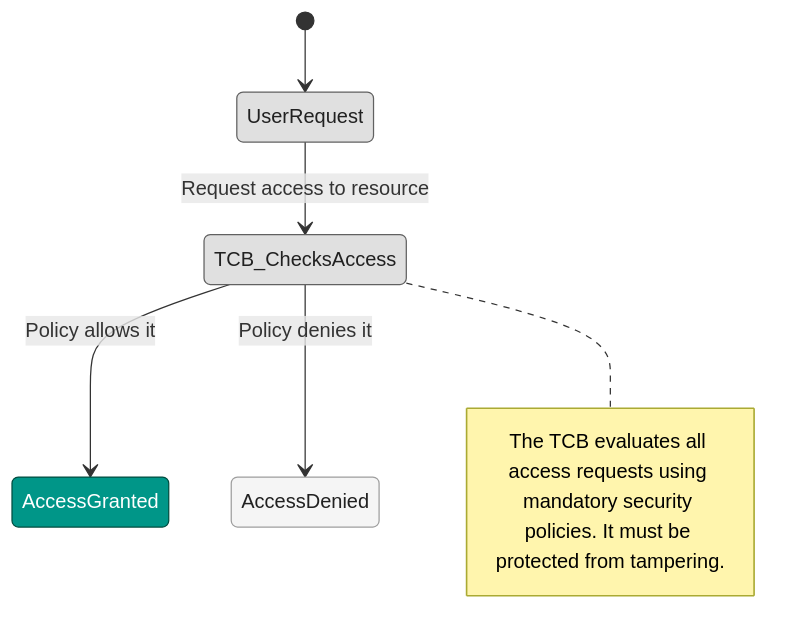
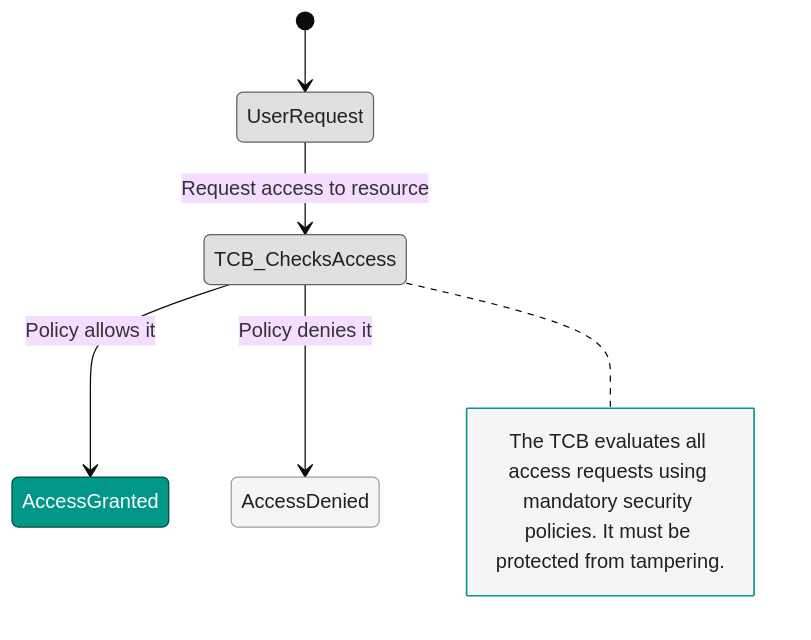
The first of 15 diagrams in DOMAIN3 - Security Architecture and Engineering/3.2 Understand the fundamental concepts of security models (e.g. Biba, Star Model, Bell Lapadula).md (lorenzoleonelli/CISSP-Zero-to-Hero), drawn with Mermaid before and after one commit.

Commit message:
LL 2026-11-2:21:29:33

````diff
--- a/DOMAIN3 - Security Architecture and Engineering/3.2 Understand the fundamental concepts of security models (e.g. Biba, Star Model, Bell Lapadula).md
+++ b/DOMAIN3 - Security Architecture and Engineering/3.2 Understand the fundamental concepts of security models (e.g. Biba, Star Model, Bell Lapadula).md
@@ -10,21 +10,22 @@
 ```mermaid
-stateDiagram-v2
+%%{init: {"theme": "base", "themeVariables": {"noteBkgColor": "#f5f5f5", "noteBorderColor": "#009688", "noteTextColor": "#212121"}}}%%
+stateDiagram
     classDef accent fill:#009688,stroke:#004d40,color:#ffffff;
     classDef neutral fill:#f5f5f5,stroke:#9e9e9e,color:#212121;
     classDef darkGrey fill:#e0e0e0,stroke:#616161,color:#212121;
 
     [*] --> UserRequest
 
     UserRequest --> TCB_ChecksAccess : Request access to resource
     TCB_ChecksAccess --> AccessGranted : Policy allows it
     TCB_ChecksAccess --> AccessDenied : Policy denies it
 
     class UserRequest,TCB_ChecksAccess darkGrey
     class AccessGranted accent
     class AccessDenied neutral
 
     note right of TCB_ChecksAccess
         The TCB evaluates all access requests using mandatory security policies. It must be protected from tampering.
     end note
 
 ```
````
